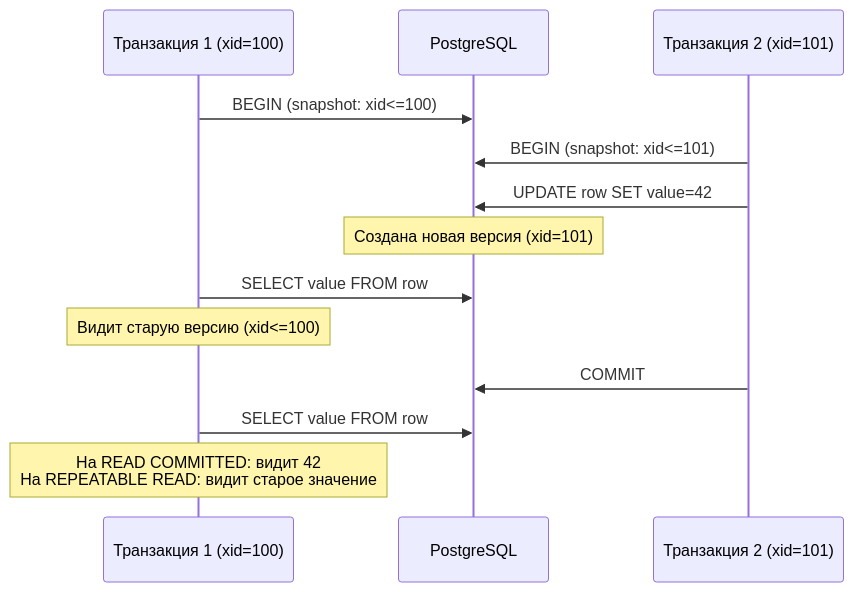
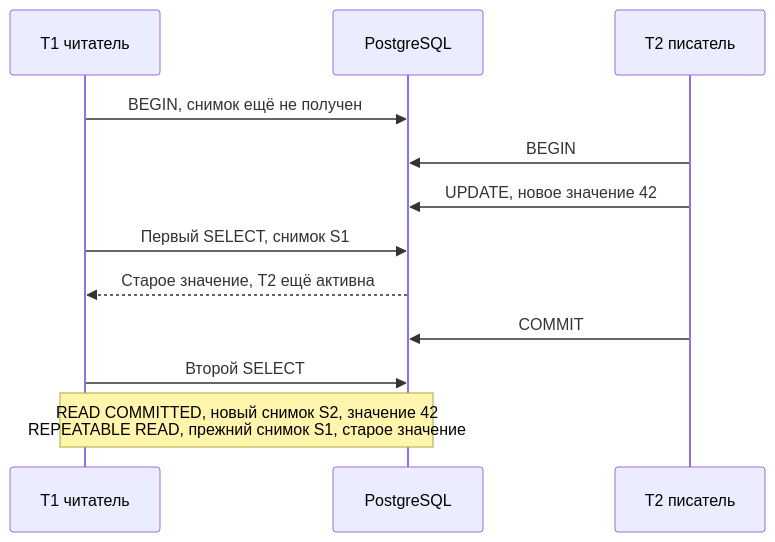
Before and after one commit to akeverus/cheat-sheet: the third of 8 diagrams in cheatsheets/interview/databases/database-transactions-interview.md, drawn with Mermaid. The commit also changed other lines of this file, not shown here.

Commit message:
Correct PostgreSQL isolation setup and snapshot timing

````diff
--- a/cheatsheets/interview/databases/database-transactions-interview.md
+++ b/cheatsheets/interview/databases/database-transactions-interview.md
@@ -326,16 +329,15 @@
 ```mermaid
 sequenceDiagram
-    participant T1 as Транзакция 1 (xid=100)
+    participant T1 as T1 читатель
     participant DB as PostgreSQL
-    participant T2 as Транзакция 2 (xid=101)
-    
-    T1->>DB: BEGIN (snapshot: xid<=100)
-    T2->>DB: BEGIN (snapshot: xid<=101)
-    T2->>DB: UPDATE row SET value=42
-    Note over DB: Создана новая версия (xid=101)
-    T1->>DB: SELECT value FROM row
-    Note over T1: Видит старую версию (xid<=100)
+    participant T2 as T2 писатель
+
+    T1->>DB: BEGIN, снимок ещё не получен
+    T2->>DB: BEGIN
+    T2->>DB: UPDATE, новое значение 42
+    T1->>DB: Первый SELECT, снимок S1
+    DB-->>T1: Старое значение, T2 ещё активна
     T2->>DB: COMMIT
-    T1->>DB: SELECT value FROM row
-    Note over T1: На READ COMMITTED: видит 42<br/>На REPEATABLE READ: видит старое значение
+    T1->>DB: Второй SELECT
+    Note over T1,DB: READ COMMITTED, новый снимок S2, значение 42<br/>REPEATABLE READ, прежний снимок S1, старое значение
 ```
````
